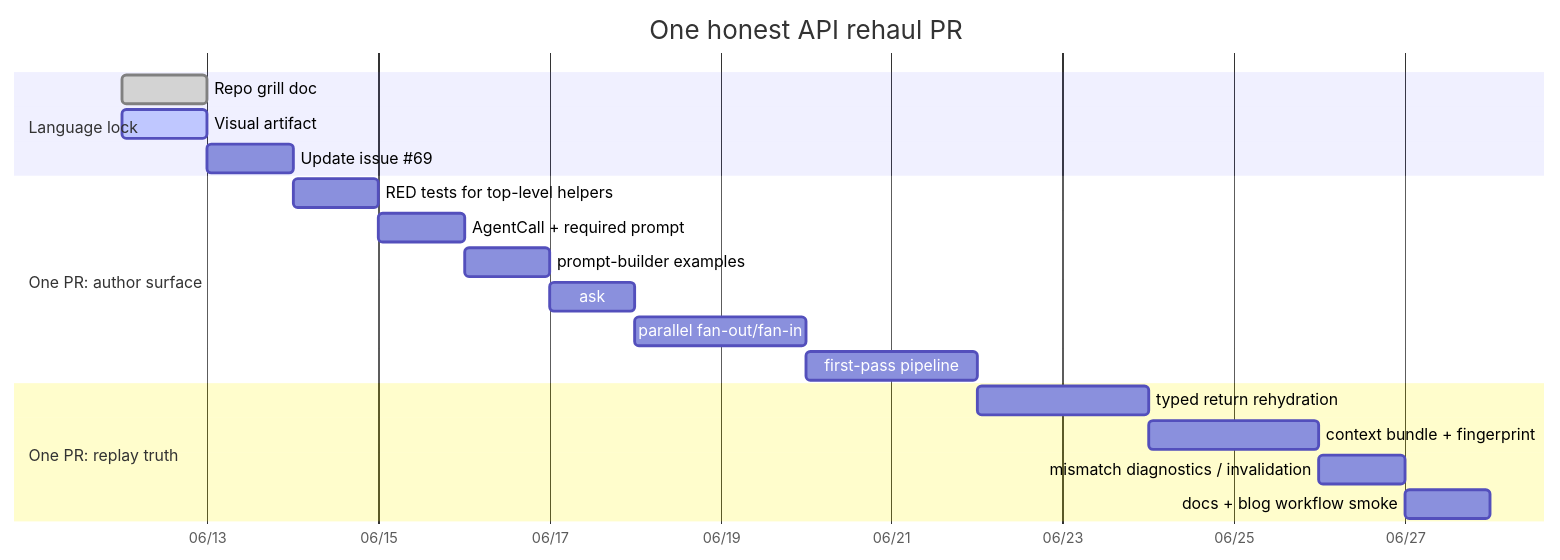
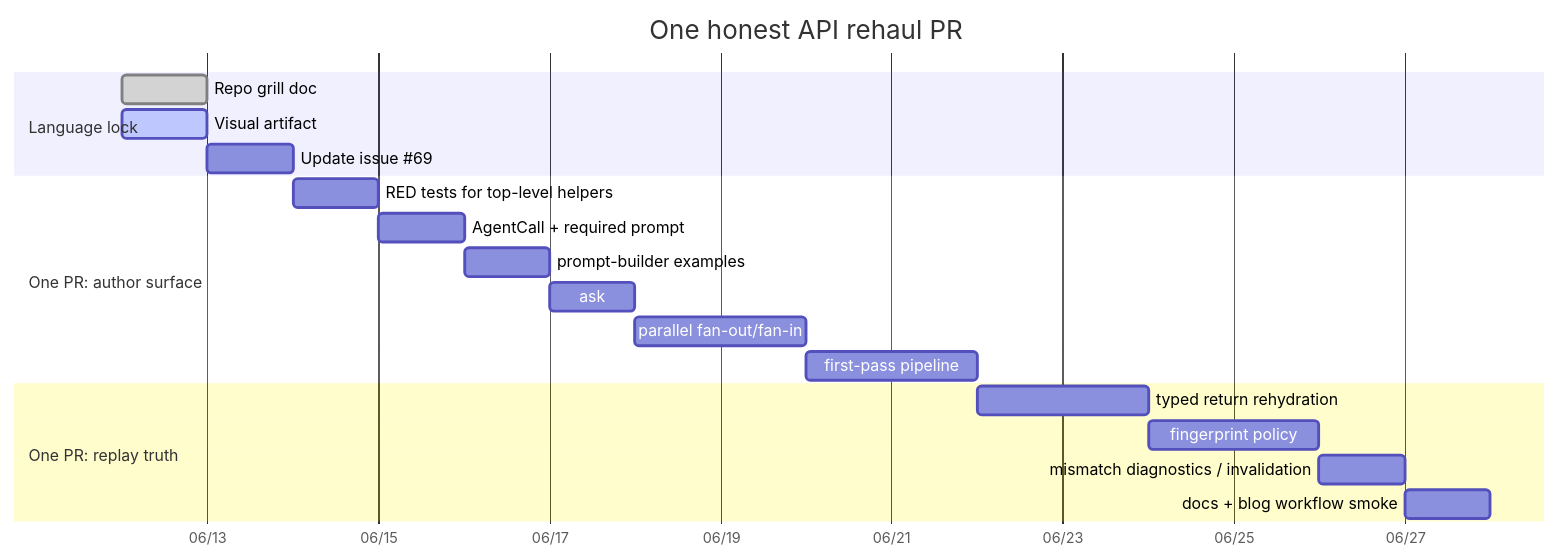
The ninth of 13 diagrams in docs/plans/2026-06-12-agent-parallel-pipeline-api-visual-plan.md (skylarbpayne/hermes-workflows), drawn with Mermaid before and after one commit. The commit also changed other lines of this file and 9 other files, not shown here.

````diff
--- a/docs/plans/2026-06-12-agent-parallel-pipeline-api-visual-plan.md
+++ b/docs/plans/2026-06-12-agent-parallel-pipeline-api-visual-plan.md
@@ -352,25 +351,25 @@
 ```mermaid
 gantt
     title One honest API rehaul PR
     dateFormat  YYYY-MM-DD
     axisFormat  %m/%d
 
     section Language lock
     Repo grill doc                         :done, a1, 2026-06-12, 1d
     Visual artifact                        :active, a2, 2026-06-12, 1d
     Update issue #69                       :a3, after a2, 1d
 
     section One PR: author surface
     RED tests for top-level helpers         :b1, after a3, 1d
     AgentCall + required prompt             :b2, after b1, 1d
     prompt-builder examples                 :b3, after b2, 1d
     ask                 :b4, after b3, 1d
     parallel fan-out/fan-in                 :b5, after b4, 2d
     first-pass pipeline                     :b6, after b5, 2d
 
     section One PR: replay truth
     typed return rehydration                :c1, after b6, 2d
-    context bundle + fingerprint            :c2, after c1, 2d
+    fingerprint policy                      :c2, after c1, 2d
     mismatch diagnostics / invalidation     :c3, after c2, 1d
     docs + blog workflow smoke              :c4, after c3, 1d
 ```
````
